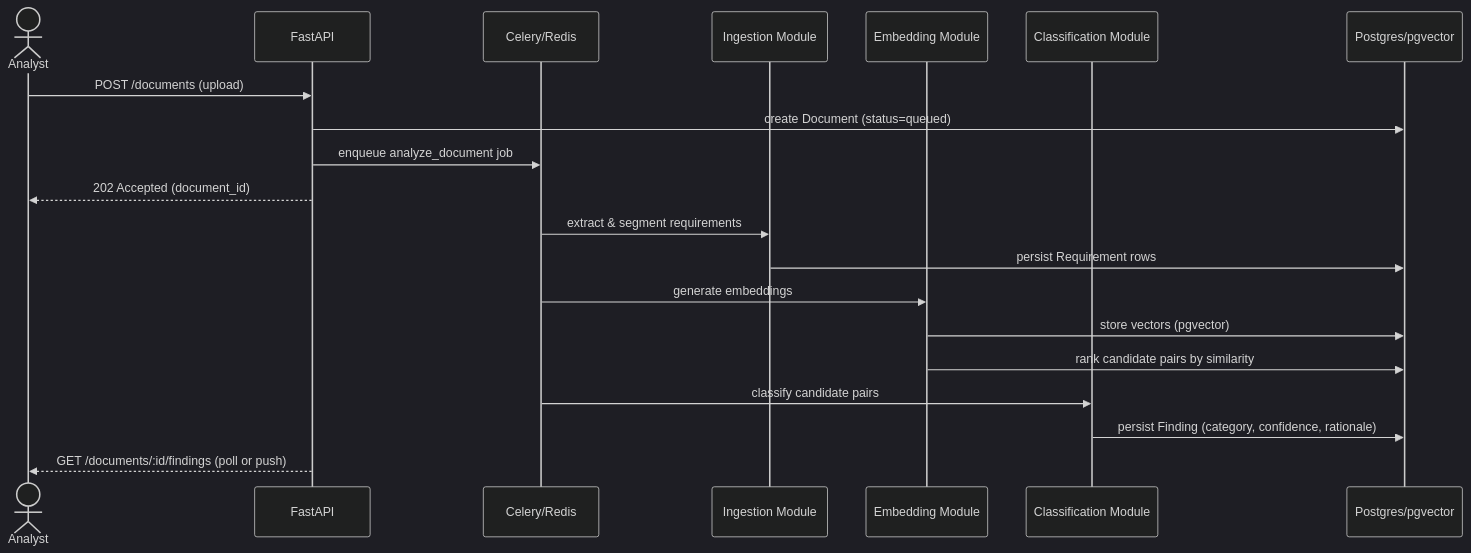
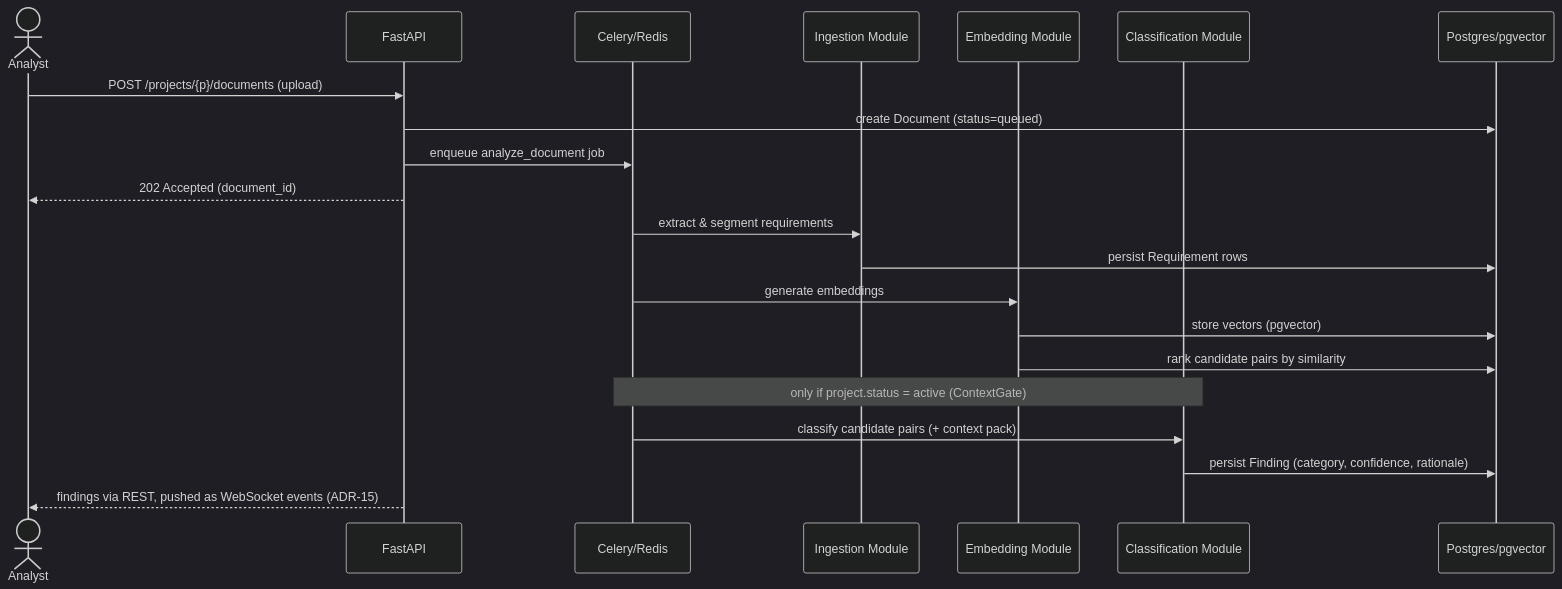
Before and after one commit to ParthAgrawal-07/AI-Requirements-Conflict-Dectector: the second of 6 diagrams in docs/engineering/diagrams.md, drawn with Mermaid (dark theme). The commit also changed other lines of this file and 16 other files, not shown here.

````diff
--- a/docs/engineering/diagrams.md
+++ b/docs/engineering/diagrams.md
@@ -70,23 +74,24 @@
 ```mermaid
 sequenceDiagram
   actor Analyst
   participant API as FastAPI
   participant Queue as Celery/Redis
   participant Ingest as Ingestion Module
   participant Embed as Embedding Module
   participant LLM as Classification Module
   participant DB as Postgres/pgvector
 
-  Analyst->>API: POST /documents (upload)
+  Analyst->>API: POST /projects/{p}/documents (upload)
   API->>DB: create Document (status=queued)
   API->>Queue: enqueue analyze_document job
   API-->>Analyst: 202 Accepted (document_id)
   Queue->>Ingest: extract & segment requirements
   Ingest->>DB: persist Requirement rows
   Queue->>Embed: generate embeddings
   Embed->>DB: store vectors (pgvector)
   Embed->>DB: rank candidate pairs by similarity
-  Queue->>LLM: classify candidate pairs
+  Note over Queue,LLM: only if project.status = active (ContextGate)
+  Queue->>LLM: classify candidate pairs (+ context pack)
   LLM->>DB: persist Finding (category, confidence, rationale)
-  API-->>Analyst: GET /documents/:id/findings (poll or push)
+  API-->>Analyst: findings via REST, pushed as WebSocket events (ADR-15)
 ```
````
